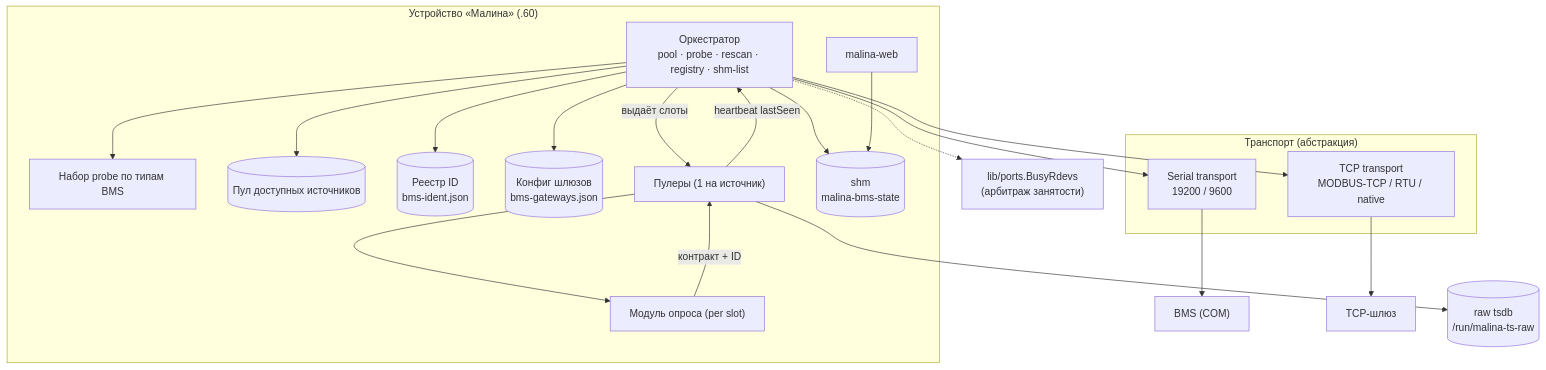
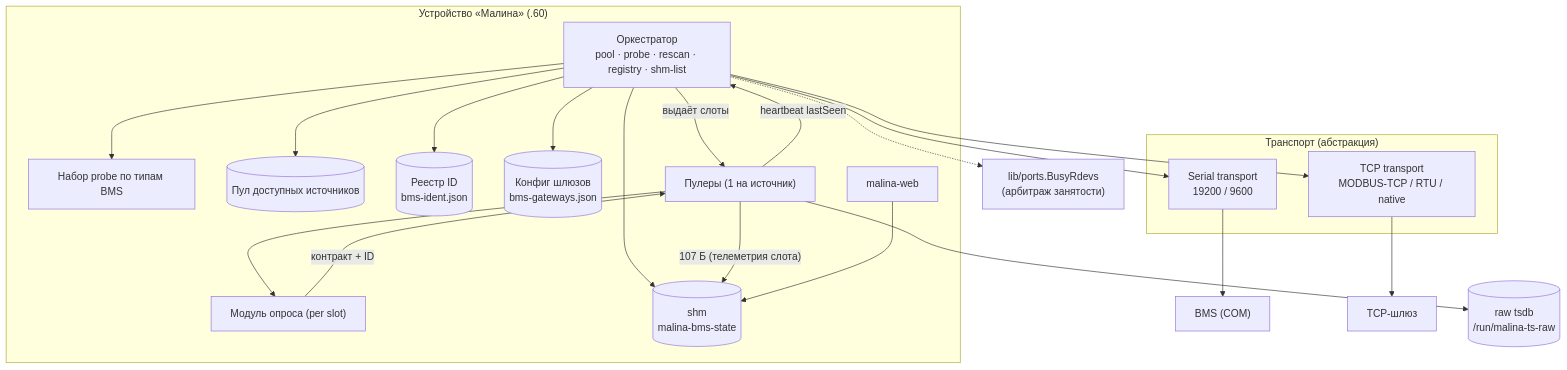
One commit to galiy/malina-26 changed the first of 11 diagrams in docs/bms-reader-arch.md. Above: the diagram before and after it, drawn with Mermaid. The commit also changed other lines of this file and 2 other files, not shown here.

Commit message:
Малина-26: BMS-Receiver — бинарный shm-контракт (puller→shm+raw), web-API /api/bms/{devices,raw}, план реализации и правки архитектуры

````diff
--- a/docs/bms-reader-arch.md
+++ b/docs/bms-reader-arch.md
@@ -73,44 +73,45 @@
 ```mermaid
 flowchart TB
   subgraph PI["Устройство «Малина» (.60)"]
     ORCH["Оркестратор<br/>pool · probe · rescan · registry · shm-list"]
     PROBES["Набор probe по типам BMS"]
     POOL[("Пул доступных источников")]
     REG[("Реестр ID<br/>bms-ident.json")]
     GWCFG[("Конфиг шлюзов<br/>bms-gateways.json")]
     PULLER["Пулеры (1 на источник)"]
     MOD["Модуль опроса (per slot)"]
     SHM[("shm<br/>malina-bms-state")]
     WEB["malina-web"]
   end
 
   subgraph TRANS["Транспорт (абстракция)"]
     SER["Serial transport<br/>19200 / 9600"]
     TCPT["TCP transport<br/>MODBUS-TCP / RTU / native"]
   end
 
   DEV1["BMS (COM)"]
   GW["TCP-шлюз"]
 
   RAWT[("raw tsdb<br/>/run/malina-ts-raw")]
   BUSY["lib/ports.BusyRdevs<br/>(арбитраж занятости)"]
 
   ORCH --> PROBES
   ORCH --> POOL
   ORCH --> REG
   ORCH --> GWCFG
   ORCH --> SHM
   ORCH --> SER
   ORCH --> TCPT
   ORCH -.-> BUSY
   SER --> DEV1
   TCPT --> GW
 
   ORCH -->|"выдаёт слоты"| PULLER
   PULLER --> MOD
   MOD -->|"контракт + ID"| PULLER
   PULLER -->|"heartbeat lastSeen"| ORCH
+  PULLER -->|"107 Б (телеметрия слота)"| SHM
   PULLER --> RAWT
 
   WEB --> SHM
 ```
````
